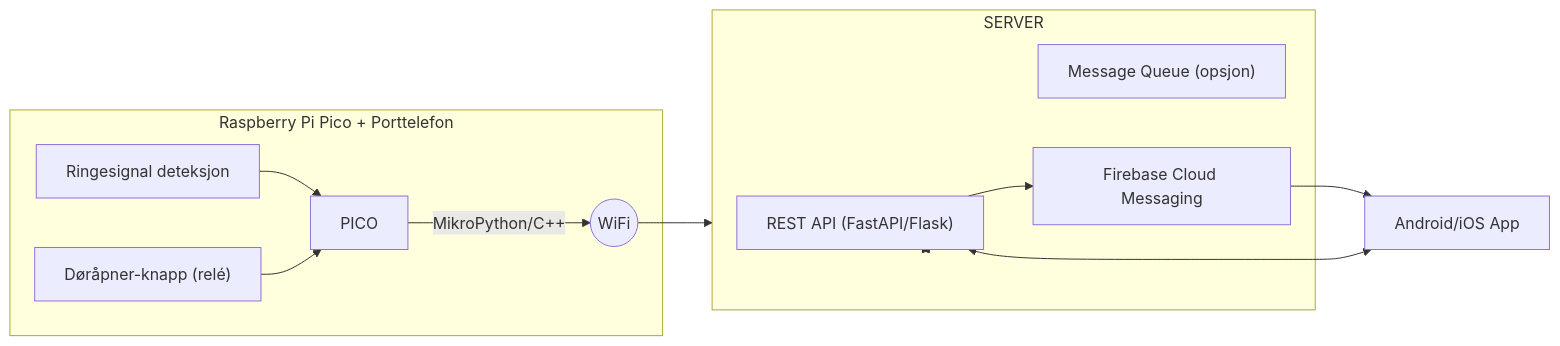
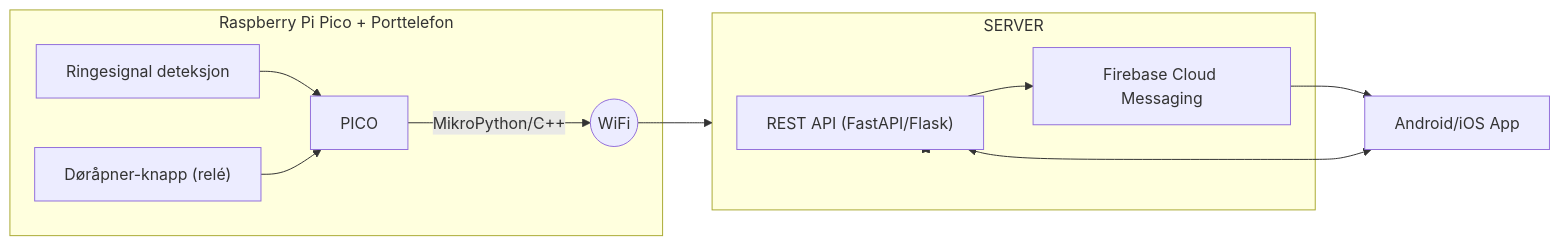
The diagram in docs/README.md (jonasfh/picobell), drawn with Mermaid before and after one commit.

Commit message:
Remove message queue option from README diagram
Removed the message queue option from the diagram.

````diff
--- a/docs/README.md
+++ b/docs/README.md
@@ -9,22 +9,21 @@
 ```mermaid
 flowchart LR
     subgraph HW["Raspberry Pi Pico + Porttelefon"]
         BELL["Ringesignal deteksjon"] --> PICO
         BTN["Døråpner-knapp (relé)"] --> PICO
         PICO -- "MikroPython/C++" --> WIFI((WiFi))
     end
 
     WIFI --> SERVER[Python backend på NREC]
 
     subgraph SERVER
         API["REST API (FastAPI/Flask)"]
-        QUEUE["Message Queue (opsjon)"]
         FCM[Firebase Cloud Messaging]
     end
 
     SERVER <--> API
     API --> FCM
 
     FCM --> APP[Android/iOS App]
     APP <--> API
 ```
````
